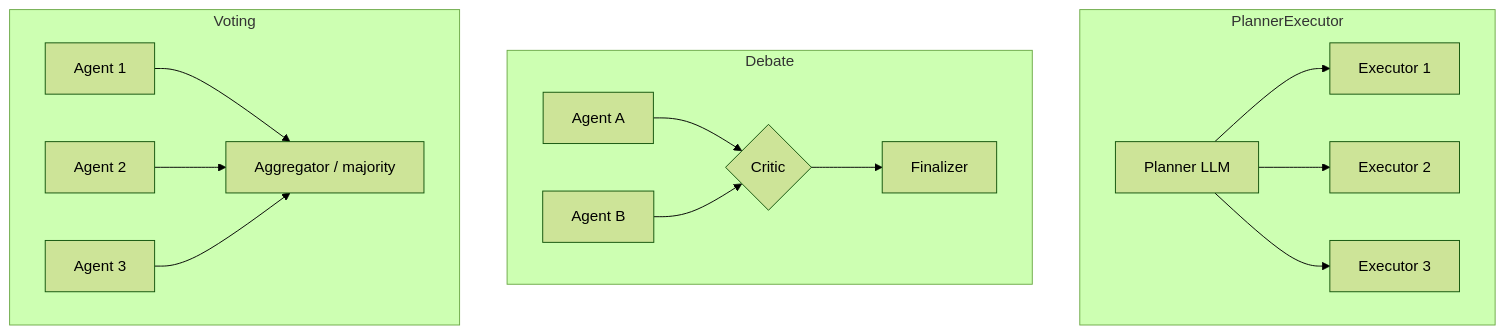
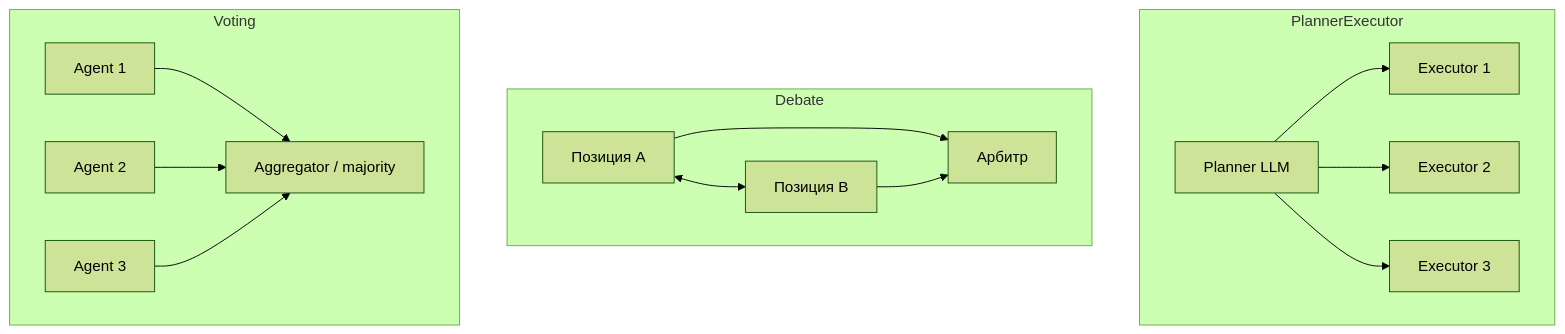
The second of 3 diagrams in cheatsheets/interview/ai-ml/multi-agent-orchestration-interview.md (akeverus/cheat-sheet), drawn with Mermaid (forest theme) before and after one commit. The commit also changed other lines of this file and 154 other files, not shown here.

````diff
--- a/cheatsheets/interview/ai-ml/multi-agent-orchestration-interview.md
+++ b/cheatsheets/interview/ai-ml/multi-agent-orchestration-interview.md
@@ -459,18 +427,18 @@
 ```mermaid
 flowchart TB
     subgraph PlannerExecutor
         P[Planner LLM] --> E1[Executor 1]
         P --> E2[Executor 2]
         P --> E3[Executor 3]
     end
     subgraph Debate
-        A1[Agent A] --> D{Critic}
-        A2[Agent B] --> D
-        D --> F[Finalizer]
+        A1[Позиция A] <--> A2[Позиция B]
+        A1 --> F[Арбитр]
+        A2 --> F
     end
     subgraph Voting
         V1[Agent 1] --> AG[Aggregator / majority]
         V2[Agent 2] --> AG
         V3[Agent 3] --> AG
     end
 ```
````
